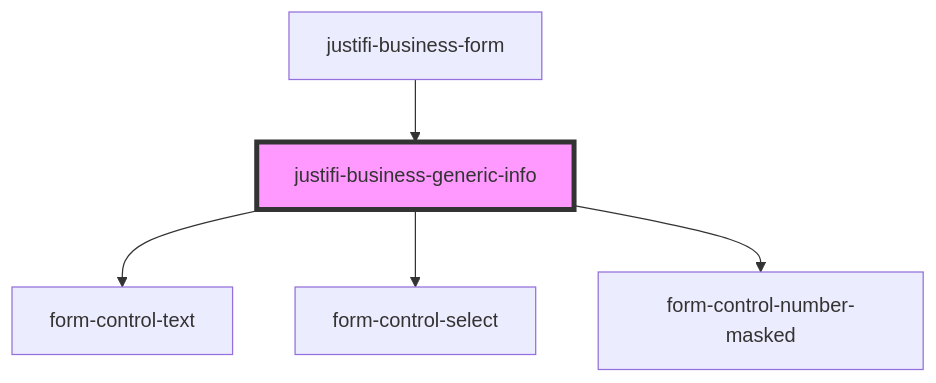
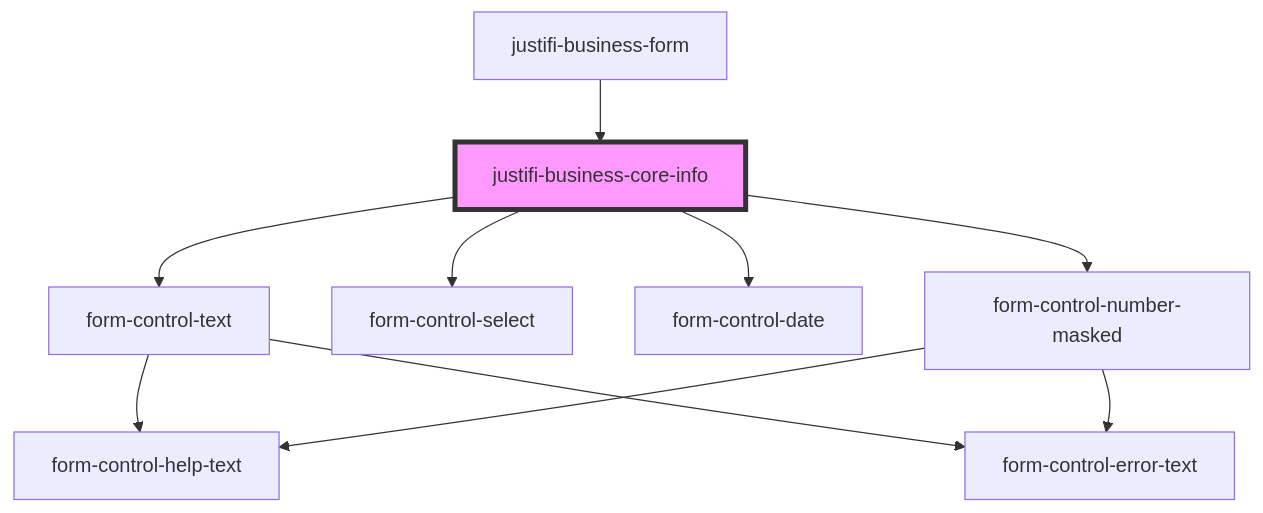
One commit to justifi-tech/web-component-library changed the diagram in packages/webcomponents/src/components/business-forms/business-form/business-core-info/readme.md. Above: the diagram before and after it, drawn with Mermaid. The commit also changed other lines of this file and 32 other files, not shown here.

````diff
--- a/packages/webcomponents/src/components/business-forms/business-form/business-core-info/readme.md
+++ b/packages/webcomponents/src/components/business-forms/business-form/business-core-info/readme.md
@@ -34,8 +35,13 @@
 ```mermaid
 graph TD;
-  justifi-business-generic-info --> form-control-text
-  justifi-business-generic-info --> form-control-select
-  justifi-business-generic-info --> form-control-number-masked
-  justifi-business-form --> justifi-business-generic-info
-  style justifi-business-generic-info fill:#f9f,stroke:#333,stroke-width:4px
+  justifi-business-core-info --> form-control-text
+  justifi-business-core-info --> form-control-select
+  justifi-business-core-info --> form-control-date
+  justifi-business-core-info --> form-control-number-masked
+  form-control-text --> form-control-help-text
+  form-control-text --> form-control-error-text
+  form-control-number-masked --> form-control-help-text
+  form-control-number-masked --> form-control-error-text
+  justifi-business-form --> justifi-business-core-info
+  style justifi-business-core-info fill:#f9f,stroke:#333,stroke-width:4px
 ```
````
